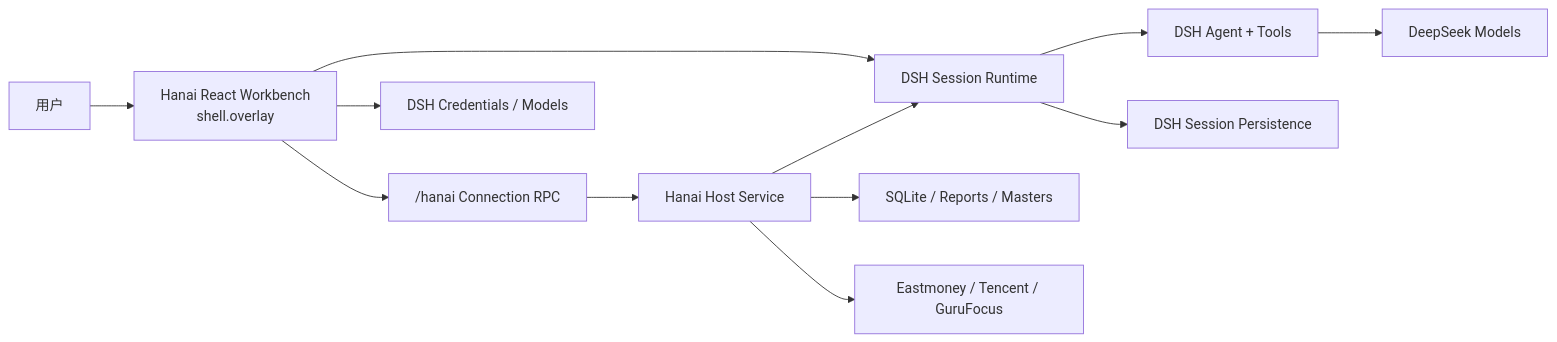
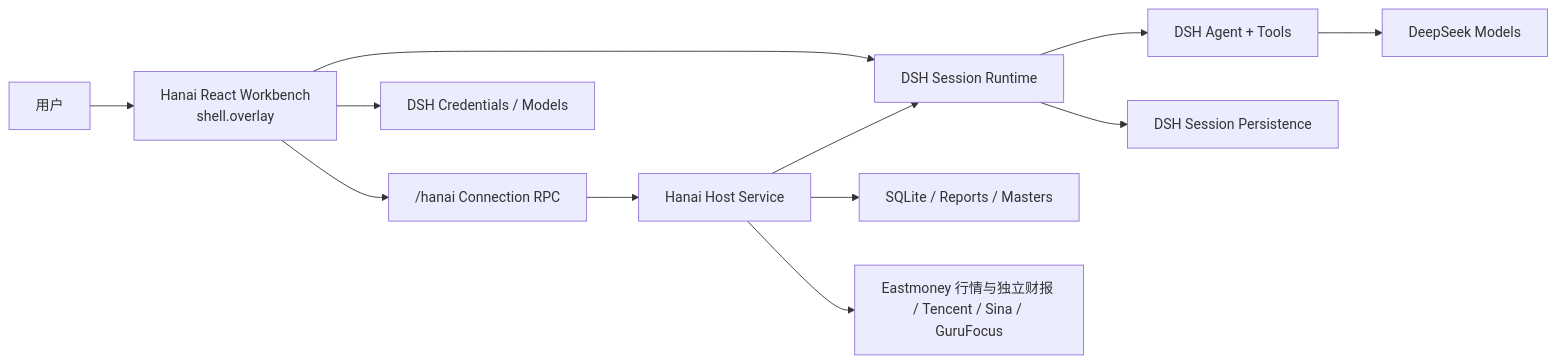
One commit to hancao97/hanai-investment-dsh changed the diagram in README.md. Above: the diagram before and after it, drawn with Mermaid. The commit also changed other lines of this file, not shown here.

````diff
--- a/README.md
+++ b/README.md
@@ -170,14 +172,14 @@
 ```mermaid
 flowchart LR
   U["用户"] --> W["Hanai React Workbench\nshell.overlay"]
   W --> R["/hanai Connection RPC"]
   W --> C["DSH Credentials / Models"]
   W --> S["DSH Session Runtime"]
   R --> H["Hanai Host Service"]
   H --> D["SQLite / Reports / Masters"]
-  H --> M["Eastmoney / Tencent / GuruFocus"]
+  H --> M["Eastmoney 行情与独立财报 / Tencent / Sina / GuruFocus"]
   H --> S
   S --> A["DSH Agent + Tools"]
   A --> L["DeepSeek Models"]
   S --> P["DSH Session Persistence"]
 ```
````
